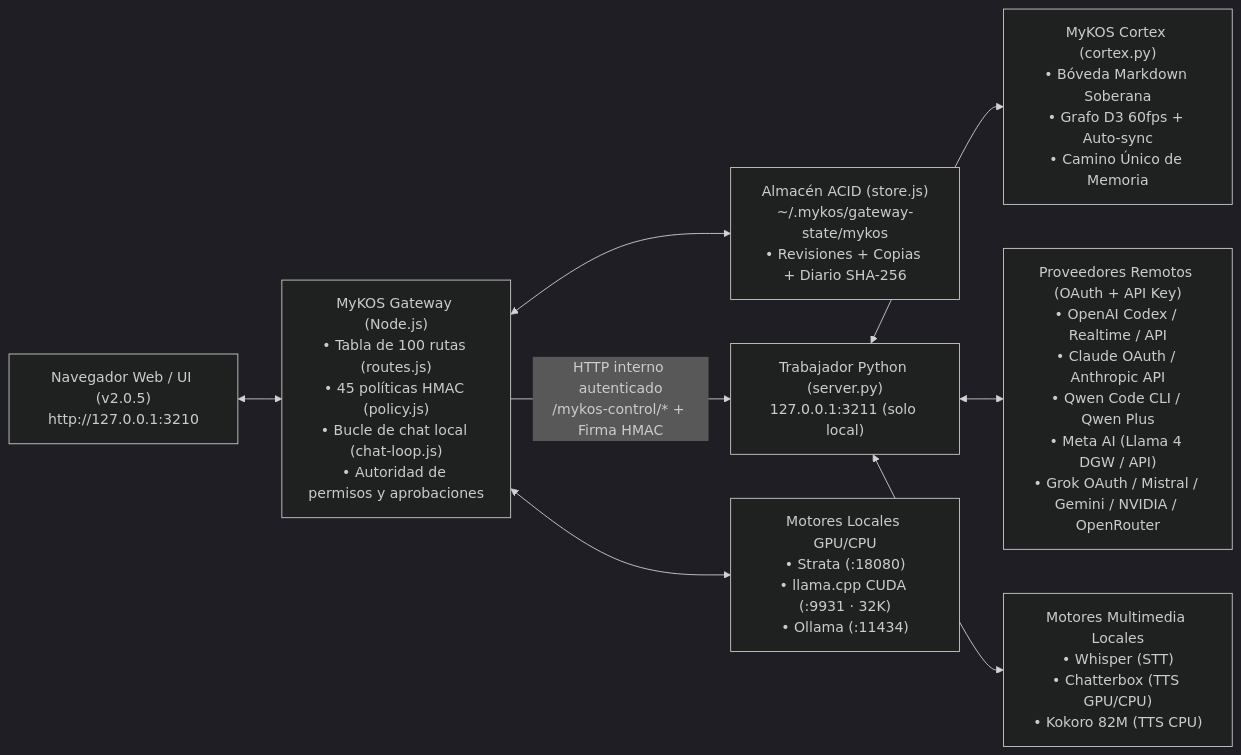
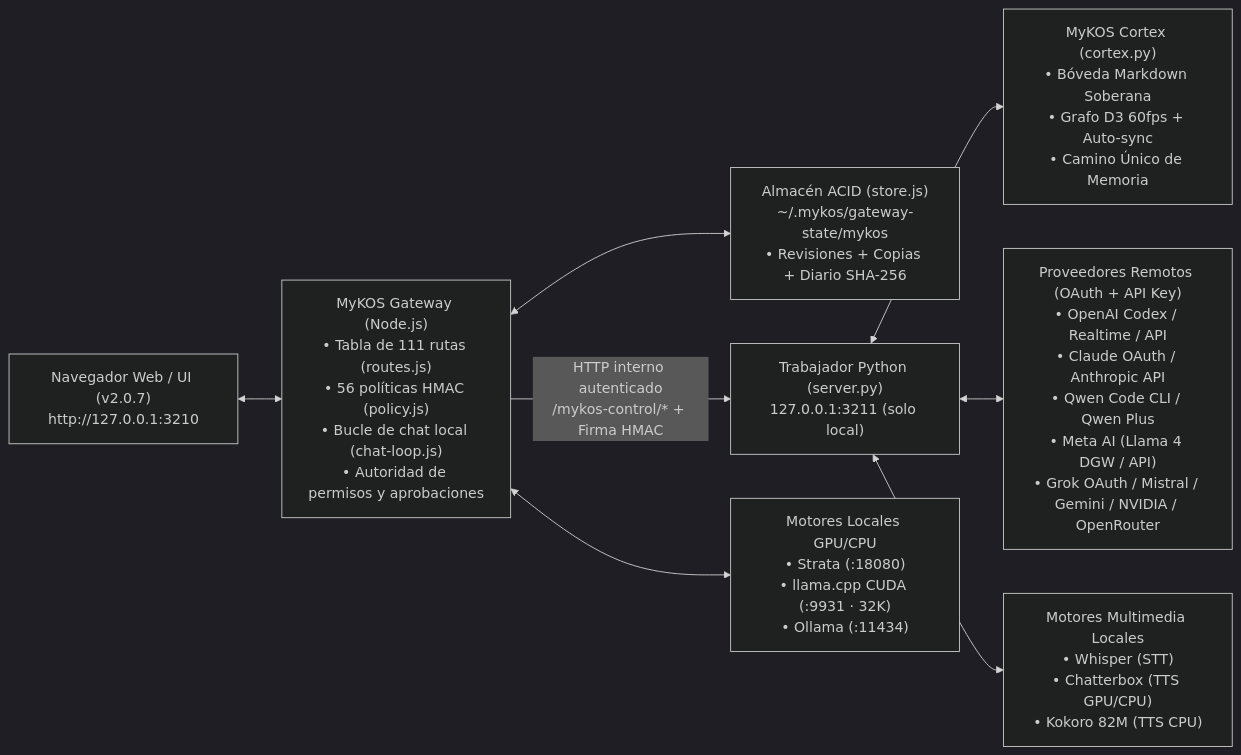
The diagram in README.md (eskib0/MyKOS), drawn with Mermaid (dark theme) before and after one commit. The commit also changed other lines of this file and 43 other files, not shown here.

````diff
--- a/README.md
+++ b/README.md
@@ -70,10 +70,10 @@
 ```mermaid
 flowchart LR
-    Browser["Navegador Web / UI (v2.0.5)\nhttp://127.0.0.1:3210"] <--> Gateway["MyKOS Gateway (Node.js)\n• Tabla de 100 rutas (routes.js)\n• 45 políticas HMAC (policy.js)\n• Bucle de chat local (chat-loop.js)\n• Autoridad de permisos y aprobaciones"]
+    Browser["Navegador Web / UI (v2.0.7)\nhttp://127.0.0.1:3210"] <--> Gateway["MyKOS Gateway (Node.js)\n• Tabla de 111 rutas (routes.js)\n• 56 políticas HMAC (policy.js)\n• Bucle de chat local (chat-loop.js)\n• Autoridad de permisos y aprobaciones"]
     Gateway <--> Store["Almacén ACID (store.js)\n~/.mykos/gateway-state/mykos\n• Revisiones + Copias + Diario SHA-256"]
     Gateway -- "HTTP interno autenticado\n/mykos-control/* + Firma HMAC" --> Worker["Trabajador Python (server.py)\n127.0.0.1:3211 (solo local)"]
     Gateway <--> LocalEngines["Motores Locales GPU/CPU\n• Strata (:18080)\n• llama.cpp CUDA (:9931 · 32K)\n• Ollama (:11434)"]
     Worker <--> Cortex["MyKOS Cortex (cortex.py)\n• Bóveda Markdown Soberana\n• Grafo D3 60fps + Auto-sync\n• Camino Único de Memoria"]
     Worker <--> CloudProviders["Proveedores Remotos (OAuth + API Key)\n• OpenAI Codex / Realtime / API\n• Claude OAuth / Anthropic API\n• Qwen Code CLI / Qwen Plus\n• Meta AI (Llama 4 DGW / API)\n• Grok OAuth / Mistral / Gemini / NVIDIA / OpenRouter"]
     Worker <--> LocalVoice["Motores Multimedia Locales\n• Whisper (STT)\n• Chatterbox (TTS GPU/CPU)\n• Kokoro 82M (TTS CPU)"]
 ```
````
